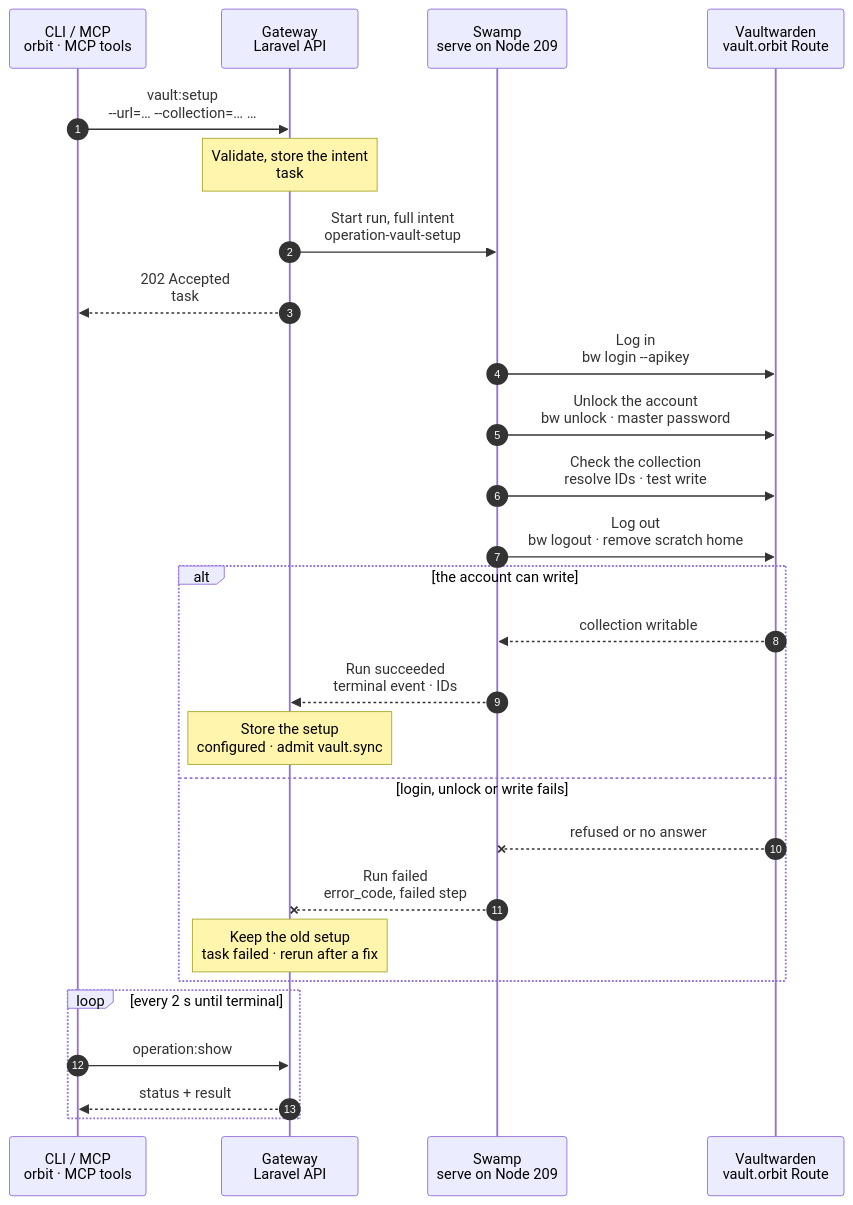
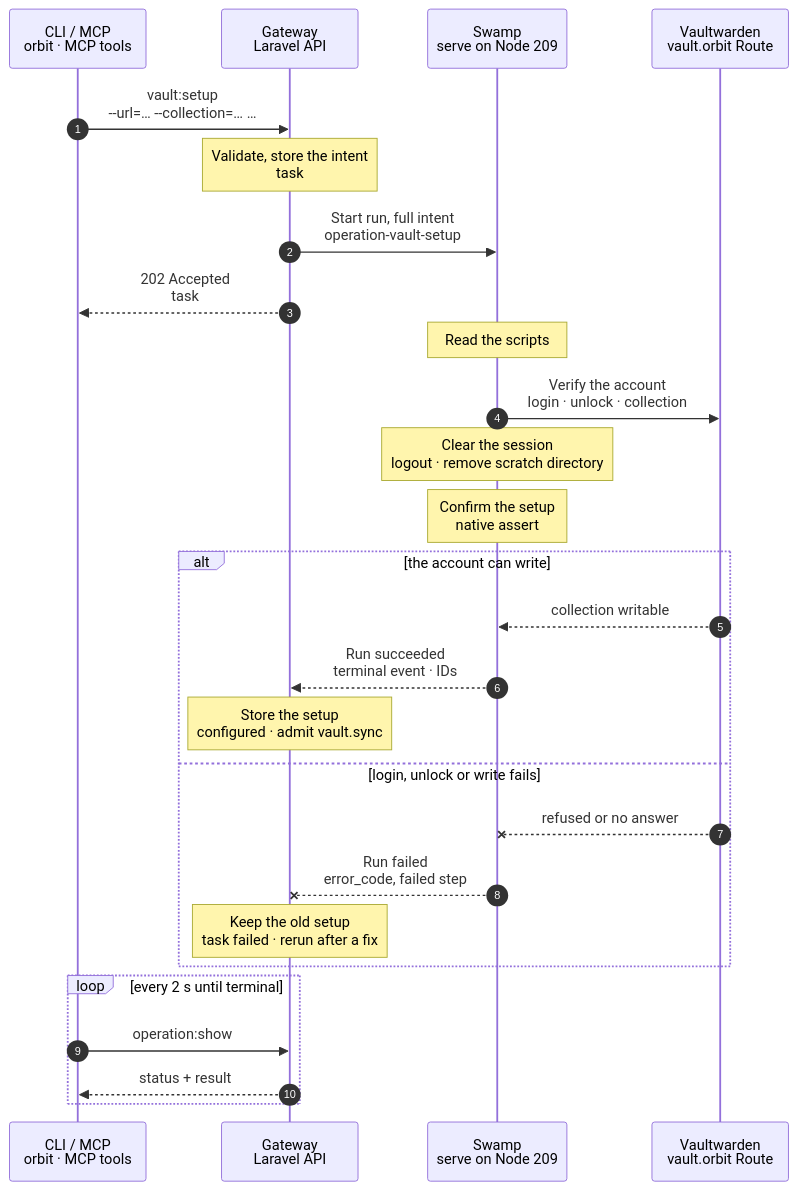
The diagram in docs/flows/vault.setup.mmd (hardimpactdev/orbit), drawn with Mermaid before and after one commit.

Commit message:
docs(vault): tighten setup flow before the native port

```diff
--- a/docs/flows/vault.setup.mmd
+++ b/docs/flows/vault.setup.mmd
@@ -1,87 +1,94 @@
 sequenceDiagram
   %% Target design: ADR 0244 task, DECISIONS R2-R4, swamp-vault-design (Vaultwarden = human copy). docs/reference/vaultwarden.md.
   %% status: draft
   %% command: vault:setup
   autonumber
   %% lane CLI icon=terminal pill=caller tone=gray
   %% lane GW icon=gateway pill=intent tone=blue
   %% lane SW icon=workflow pill=executes tone=green
   %% lane VW icon=server pill=target tone=purple
   participant CLI as CLI / MCP<br/>orbit · MCP tools
   participant GW as Gateway<br/>Laravel API
   participant SW as Swamp<br/>serve on Node 209
   participant VW as Vaultwarden<br/>vault.orbit Route
   CLI->>GW: vault:setup<br/>--url=… --collection=… …
   %%> Command:
   %%> - `orbit vault:setup --url=https://vault.orbit --client-id=user.3f0c… --client-secret-file=./client-secret --master-password-file=./master-password --organization=Orbit --collection=Databases`
   %%> - syntax: `--url=ORIGIN --client-id=ID --client-secret-file=PATH --master-password-file=PATH --organization=NAME|ID --collection=NAME|ID`
   %%> Input:
   %%> - the Vaultwarden origin, the Gateway account's API key and master password, and the organization and collection
   %%> - the CLI reads the secrets from files, never from arguments
   Note over GW: Validate, store the intent<br/>task #5167 · secrets to vault
   %%> Requirements:
   %%> - the `vault` extension is on; your Node has an access grant to the Gateway
   %%> - the URL is HTTPS on a `.orbit` host, else `vault.url_invalid`
   %%> - no other setup, sync or teardown runs, else `vault.sync_busy`
   %%> - with items published, the organization and collection stay the same, else `vault.items_published`
   %%> What it does:
-  %%> - stores the setup intent encrypted, then pushes the client secret and master password to the Swamp vault as `vault-setup-5167` after commit (R3)
+  %%> - stores the setup intent encrypted, then pushes the client secret and master password to the Swamp vault under a setup key after commit (R3)
   %%> Result:
   %%> - task #5167 recorded; the current setup, if any, stays in force
   GW->>SW: Start run, full intent<br/>operation-vault-setup
   %%> What it does:
   %%> - starts one Swamp run on serve (Node 209); no Node is a target
   %%> Inputs:
   %%> - the URL, client ID, organization and collection, and the vault key names; never the secrets
   GW-->>CLI: 202 Accepted<br/>task #5167
   %%> What you get:
   %%> - the task number, at once
   %%> Next:
   %%> - the CLI follows the task with `operation:show`, then prints `vault:status`
-  SW->>VW: Log in<br/>bw login --apikey
+  Note over SW: Read the scripts
+  %%> What it does:
+  %%> - resolves the shipped Bitwarden CLI scripts and the public intent; no Gateway call
+  SW->>VW: Verify the account<br/>login · unlock · collection
+  %%> What it does:
+  %%> - configures the official Bitwarden CLI in a private scratch directory, logs in, unlocks, and reads the collection
+  %%> - resolves the organization and collection by name or ID and checks write access
+  %%> - refuses a changed collection while published items exist
   %%> How:
-  %%> - the official Bitwarden CLI on 209, in a scratch home, trusting only the Orbit root CA
-  %%> - the client secret comes from `vault.get`, in the environment of this one command
-  SW->>VW: Unlock the account<br/>bw unlock · master password
+  %%> - all work runs on a worker labelled role=swamp; only the Orbit root CA extends TLS trust
+  %%> - credentials arrive from vault.get in the command environment; session keys stay in the scratch directory
+  %%> Returns:
+  %%> - only the account email, organization and collection IDs and names, and configured status
+  Note over SW: Clear the session<br/>logout · remove scratch directory
   %%> What it does:
-  %%> - unlocks the account with the master password from `vault.get`; the session key stays in the run's scratch home
-  SW->>VW: Check the collection<br/>resolve IDs · test write
+  %%> - native completed dependencies run cleanup after verification succeeds or fails
+  %%> - logout is best effort; the scratch directory and session key are removed
+  Note over SW: Confirm the setup<br/>native assert
   %%> What it does:
-  %%> - resolves the organization and collection names to IDs, and checks the account can write to the collection
-  %%> Why:
-  %%> - the setup only counts when a sync could really publish there
-  SW->>VW: Log out<br/>bw logout · remove scratch home
-  %%> What it does:
-  %%> - logs out and deletes the scratch home, on success and on failure
+  %%> - checks the verification result with Swamp's native assert; no second login or write
+  %%> Retry:
+  %%> - native resume keeps completed verification; a new setup verifies credentials again in a fresh scratch directory
   alt the account can write
     VW-->>SW: collection writable
     %%> Returns:
     %%> - the account email and the organization and collection IDs
     SW-->>GW: Run succeeded<br/>terminal event · IDs
     %%> How the Gateway learns it:
     %%> - its shared run reader sees the terminal event; Swamp never calls the Gateway
     Note over GW: Store the setup<br/>configured · admit vault.sync
     %%> Result:
     %%> - the setup is stored encrypted and `vault:status` shows `configured`
     %%> - task #5167 succeeds, and the Gateway admits a first `vault.sync`
   else login, unlock or write fails
     VW--xSW: refused or no answer
     %%> When:
     %%> - a wrong API key or master password, an unknown organization or collection, no write access, or TLS fails
     SW--xGW: Run failed<br/>error_code, failed step
     %%> The Gateway reads:
     %%> - which step failed and its safe error code
     Note over GW: Keep the old setup<br/>task failed · rerun after a fix
     %%> Result:
     %%> - the new setup is not stored; an earlier setup stays in force; task #5167 fails
     %%> Retry:
     %%> - run the same command again with fixed values; it is a new task
   end
   loop every 2 s until terminal
     CLI->>GW: operation:show #5167
     %%> What it does:
     %%> - asks for the task's status every 2 seconds until it has ended
     GW-->>CLI: status + result
     %%> Returns:
     %%> - the current status, and the result once the task has ended
   end
```
